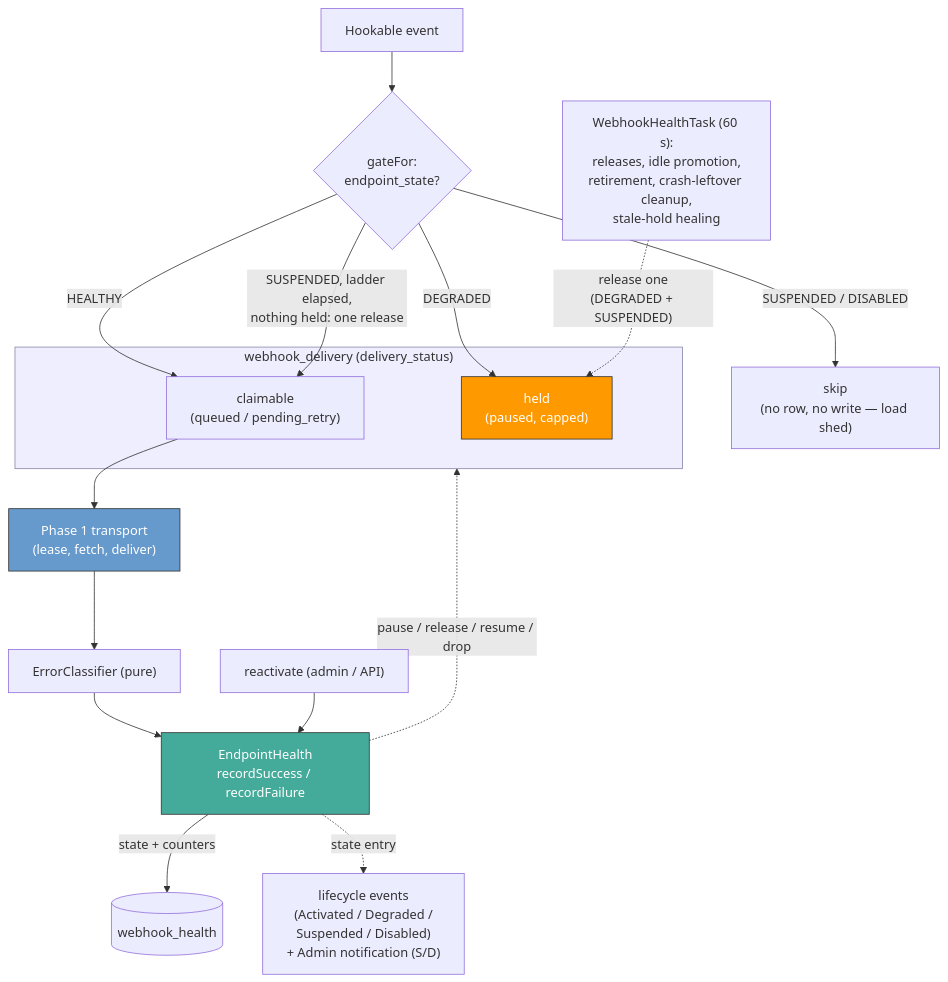
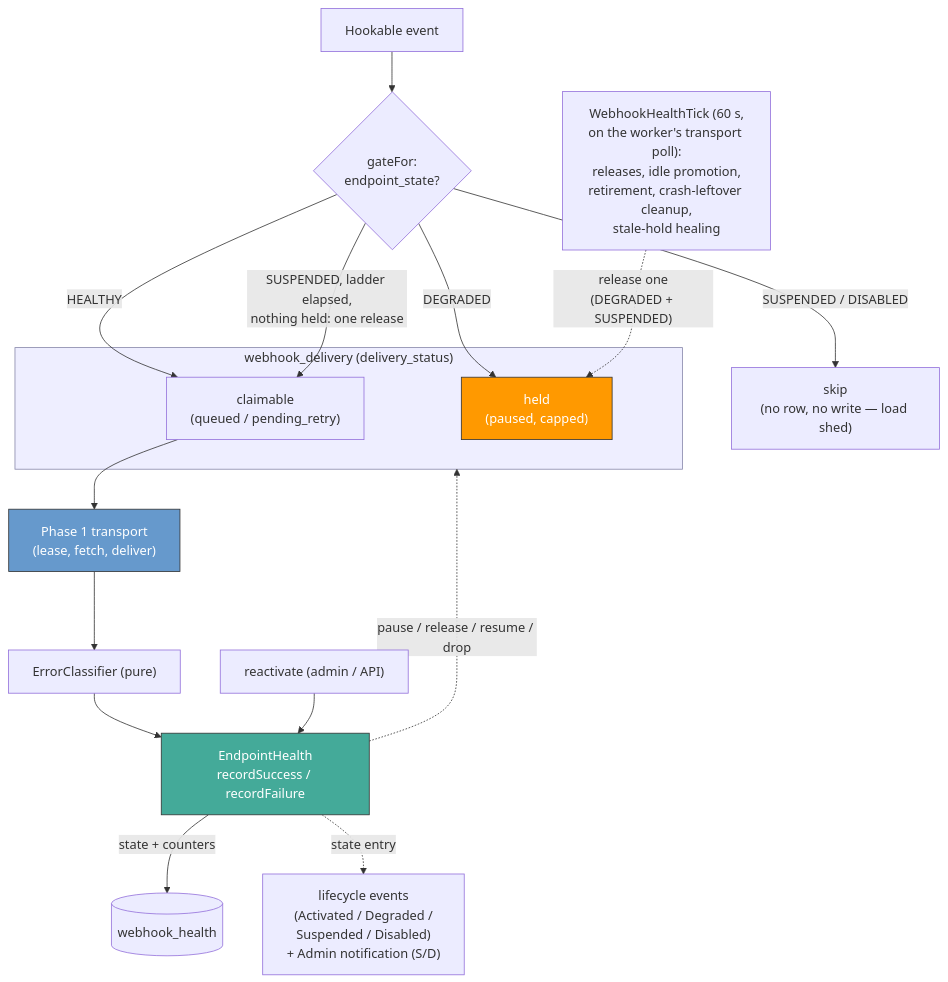
Before and after one commit to shopware/shopware: the third of 6 diagrams in adr/2026-05-28-webhooks-health-remodel.md, drawn with Mermaid. The commit also changed other lines of this file and 9 other files, not shown here.

First line of the commit message:
feat(webhook): drive the health tick from the transport poll, not a scheduled task (#16565)

````diff
--- a/adr/2026-05-28-webhooks-health-remodel.md
+++ b/adr/2026-05-28-webhooks-health-remodel.md
@@ -134,27 +134,27 @@
 ```mermaid
 flowchart TD
     EV["Hookable event"] --> GATE{"gateFor:<br/>endpoint_state?"}
     GATE -->|"HEALTHY"| CLAIM["claimable<br/>(queued / pending_retry)"]
     GATE -->|"DEGRADED"| HELD["held<br/>(paused, capped)"]
     GATE -->|"SUSPENDED / DISABLED"| SKIP["skip<br/>(no row, no write — load shed)"]
     GATE -->|"SUSPENDED, ladder elapsed,<br/>nothing held: one release"| CLAIM
 
     subgraph OUTBOX ["webhook_delivery (delivery_status)"]
       CLAIM
       HELD
     end
 
     CLAIM --> RECV["Phase 1 transport<br/>(lease, fetch, deliver)"]
     RECV --> CLS["ErrorClassifier (pure)"]
     CLS --> HS["EndpointHealth<br/>recordSuccess / recordFailure"]
     HS -->|"state + counters"| WH[("webhook_health")]
     HS -.->|"pause / release / resume / drop"| OUTBOX
     HS -.->|"state entry"| NOTIF["lifecycle events<br/>(Activated / Degraded /<br/>Suspended / Disabled)<br/>+ Admin notification (S/D)"]
-    PROBE["WebhookHealthTask (60 s):<br/>releases, idle promotion,<br/>retirement, crash-leftover cleanup,<br/>stale-hold healing"] -.->|"release one<br/>(DEGRADED + SUSPENDED)"| HELD
+    PROBE["WebhookHealthTick (60 s,<br/>on the worker's transport poll):<br/>releases, idle promotion,<br/>retirement, crash-leftover cleanup,<br/>stale-hold healing"] -.->|"release one<br/>(DEGRADED + SUSPENDED)"| HELD
     REC["reactivate (admin / API)"] --> HS
 
     style OUTBOX fill:#eef,stroke:#88a
     style RECV fill:#69c,stroke:#333,color:#fff
     style HS fill:#4a9,stroke:#333,color:#fff
     style HELD fill:#f90,stroke:#333,color:#fff
 ```
````
